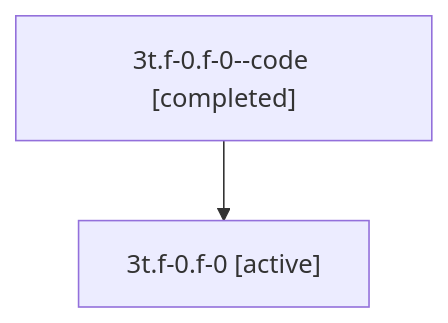
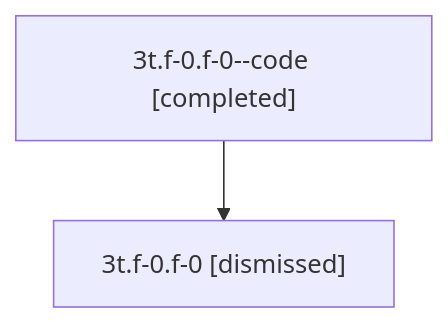
Before and after one commit to sase-org/sase--agents: the diagram in sessions/bbugyi200.athena.3t.f-0.f-0.md, drawn with Mermaid. The commit also changed other lines of this file and 57 other files, not shown here.

````diff
--- a/sessions/bbugyi200.athena.3t.f-0.f-0.md
+++ b/sessions/bbugyi200.athena.3t.f-0.f-0.md
@@ -9,6 +9,6 @@
 ```mermaid
 flowchart TD
   n0["3t.f-0.f-0--code [completed]"]
-  n1["3t.f-0.f-0 [active]"]
+  n1["3t.f-0.f-0 [dismissed]"]
   n0 --> n1
 ```
````
